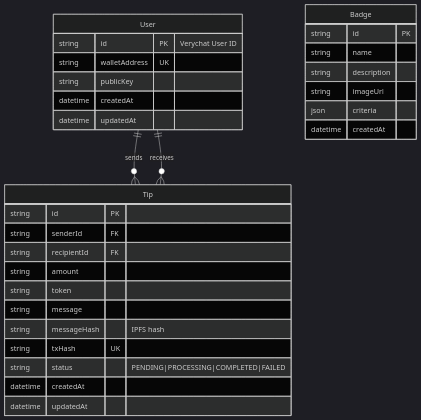
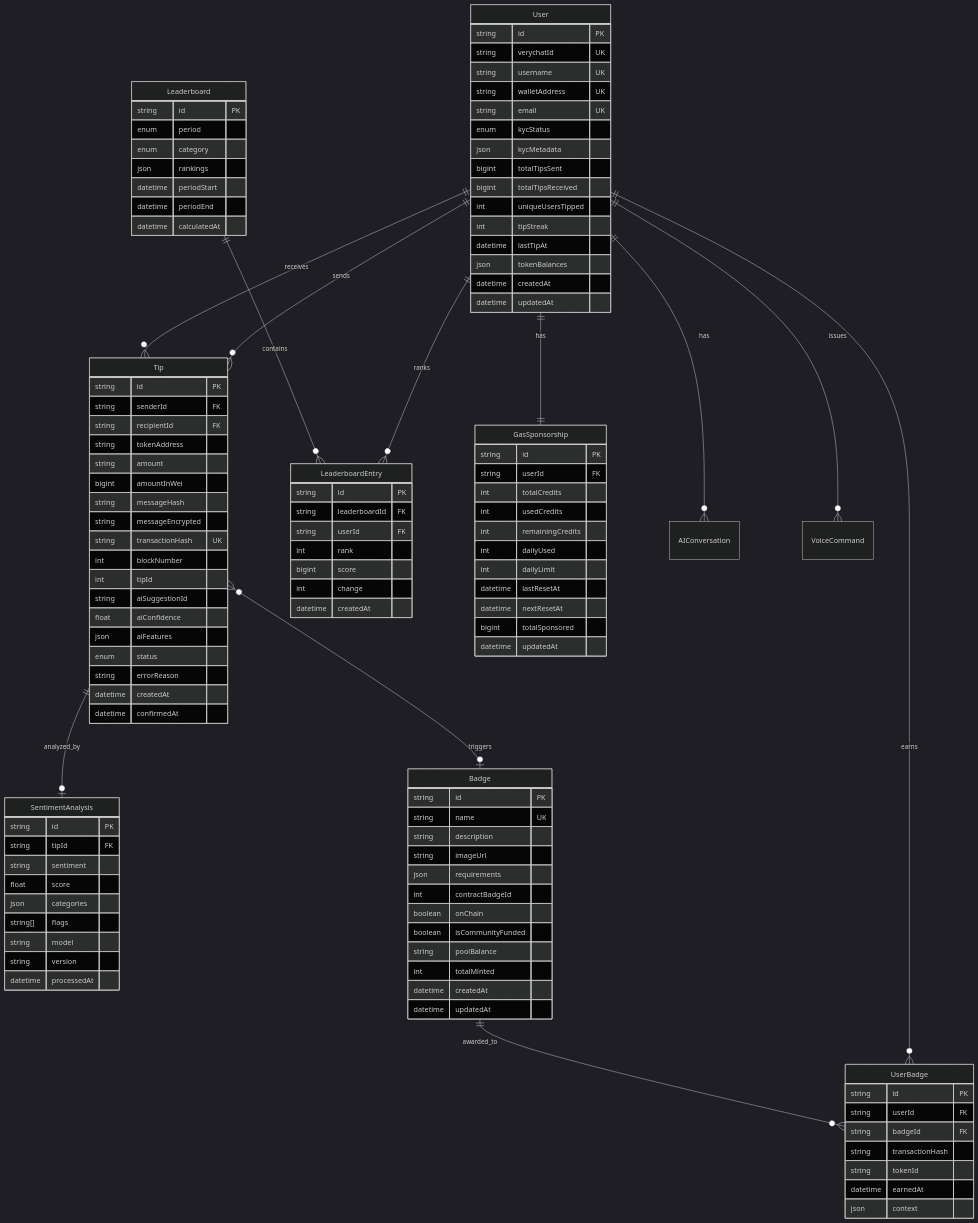
Before and after one commit to lucylow/verytippers: the sixth of 11 diagrams in README.md, drawn with Mermaid (dark theme). The commit also changed other lines of this file and 124 other files, not shown here.

````diff
--- a/README.md
+++ b/README.md
@@ -619,11 +699,33 @@
 erDiagram
     User ||--o{ Tip : "sends"
     User ||--o{ Tip : "receives"
+    User ||--o{ UserBadge : "earns"
+    User ||--o{ LeaderboardEntry : "ranks"
+    User ||--|| GasSponsorship : "has"
+    User ||--o{ AIConversation : "has"
+    User ||--o{ VoiceCommand : "issues"
+    
+    Tip ||--o| SentimentAnalysis : "analyzed_by"
+    Tip }o--o| Badge : "triggers"
+    
+    Badge ||--o{ UserBadge : "awarded_to"
+    
+    Leaderboard ||--o{ LeaderboardEntry : "contains"
     
     User {
-        string id PK "Verychat User ID"
+        string id PK
+        string verychatId UK
+        string username UK
         string walletAddress UK
-        string publicKey
+        string email UK
+        enum kycStatus
+        json kycMetadata
+        bigint totalTipsSent
+        bigint totalTipsReceived
+        int uniqueUsersTipped
+        int tipStreak
+        datetime lastTipAt
+        json tokenBalances
         datetime createdAt
         datetime updatedAt
     }
@@ -632,22 +734,91 @@
         string id PK
         string senderId FK
         string recipientId FK
+        string tokenAddress
         string amount
-        string token
-        string message
-        string messageHash "IPFS hash"
-        string txHash UK
-        string status "PENDING|PROCESSING|COMPLETED|FAILED"
+        bigint amountInWei
+        string messageHash
+        string messageEncrypted
+        string transactionHash UK
+        int blockNumber
+        int tipId
+        string aiSuggestionId
+        float aiConfidence
+        json aiFeatures
+        enum status
+        string errorReason
+        datetime createdAt
+        datetime confirmedAt
+    }
+    
+    SentimentAnalysis {
+        string id PK
+        string tipId FK
+        string sentiment
+        float score
+        json categories
+        string[] flags
+        string model
+        string version
+        datetime processedAt
+    }
+    
+    Badge {
+        string id PK
+        string name UK
+        string description
+        string imageUrl
+        json requirements
+        int contractBadgeId
+        boolean onChain
+        boolean isCommunityFunded
+        string poolBalance
+        int totalMinted
         datetime createdAt
         datetime updatedAt
     }
     
-    Badge {
+    UserBadge {
         string id PK
-        string name
-        string description
-        string imageUrl
-        json criteria
+        string userId FK
+        string badgeId FK
+        string transactionHash
+        string tokenId
+        datetime earnedAt
+        json context
+    }
+    
+    Leaderboard {
+        string id PK
+        enum period
+        enum category
+        json rankings
+        datetime periodStart
+        datetime periodEnd
+        datetime calculatedAt
+    }
+    
+    LeaderboardEntry {
+        string id PK
+        string leaderboardId FK
+        string userId FK
+        int rank
+        bigint score
+        int change
         datetime createdAt
     }
+    
+    GasSponsorship {
+        string id PK
+        string userId FK
+        int totalCredits
+        int usedCredits
+        int remainingCredits
+        int dailyUsed
+        int dailyLimit
+        datetime lastResetAt
+        datetime nextResetAt
+        bigint totalSponsored
+        datetime updatedAt
+    }
 ```
````
